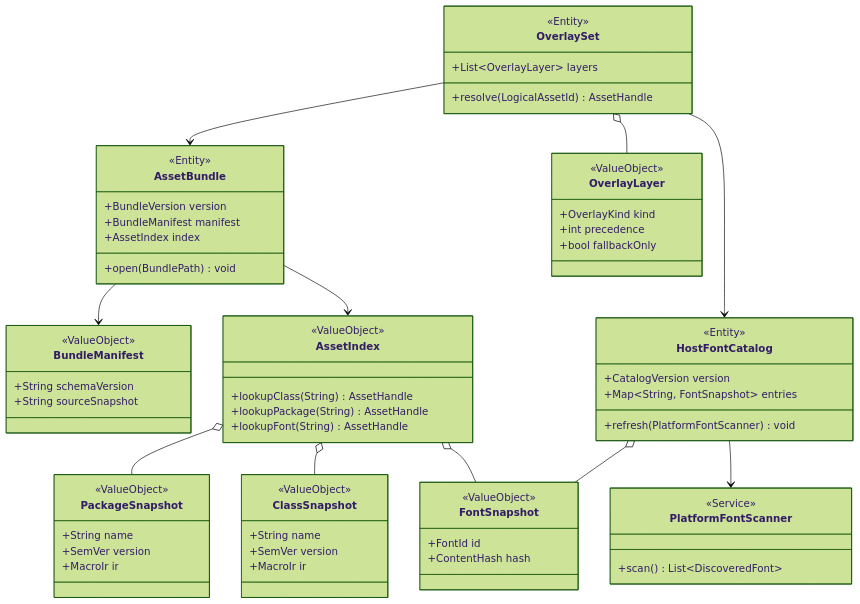
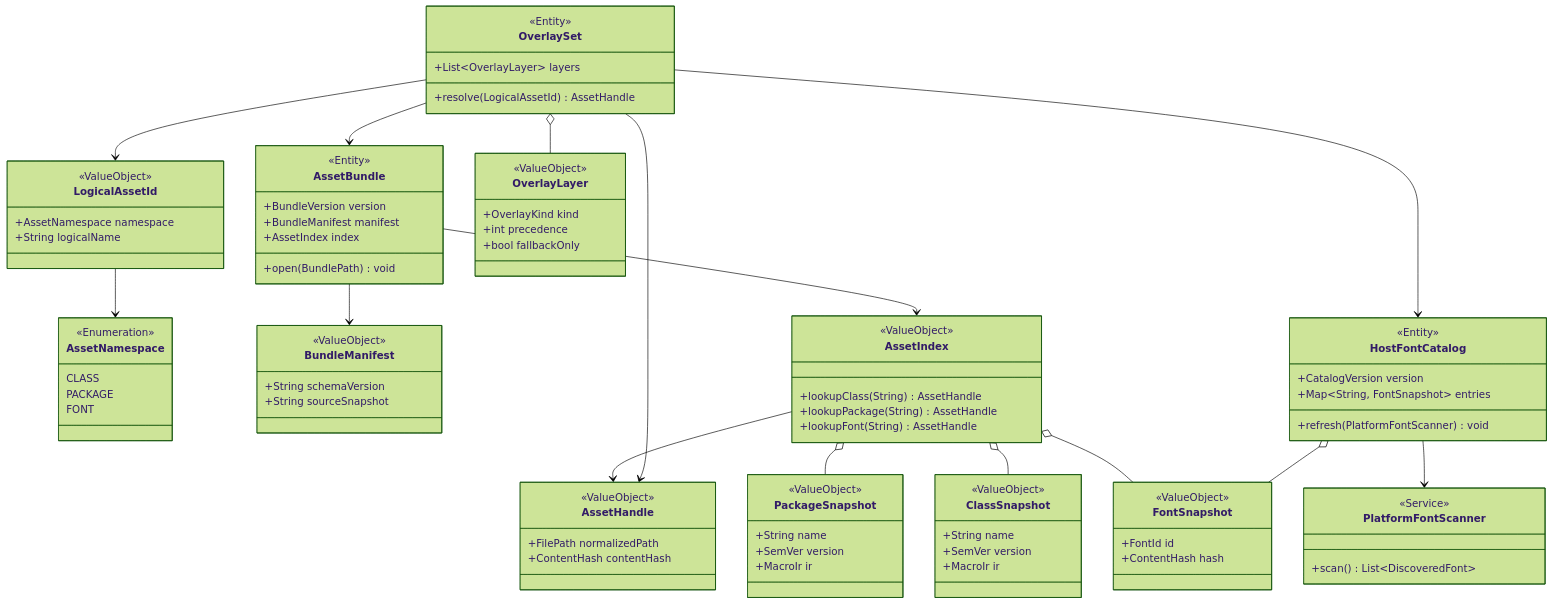
One commit to RK0429/ferritex changed the sixth of 12 diagrams in docs/domain_model.md. Above: the diagram before and after it, drawn with Mermaid (forest theme). The commit also changed other lines of this file and 5 other files, not shown here.

````diff
--- a/docs/domain_model.md
+++ b/docs/domain_model.md
@@ -1345,5 +1366,21 @@
 ```mermaid
 classDiagram
+    class LogicalAssetId {
+        <<ValueObject>>
+        +AssetNamespace namespace
+        +String logicalName
+    }
+    class AssetNamespace {
+        <<Enumeration>>
+        CLASS
+        PACKAGE
+        FONT
+    }
+    class AssetHandle {
+        <<ValueObject>>
+        +FilePath normalizedPath
+        +ContentHash contentHash
+    }
     class AssetBundle {
         <<Entity>>
         +BundleVersion version
@@ -1403,9 +1440,13 @@
 
     AssetBundle --> BundleManifest
     AssetBundle --> AssetIndex
+    LogicalAssetId --> AssetNamespace
+    AssetIndex --> AssetHandle
     OverlaySet --> AssetBundle
     OverlaySet --> HostFontCatalog
     OverlaySet o-- OverlayLayer
+    OverlaySet --> AssetHandle
+    OverlaySet --> LogicalAssetId
     AssetIndex o-- PackageSnapshot
     AssetIndex o-- ClassSnapshot
     AssetIndex o-- FontSnapshot
````
